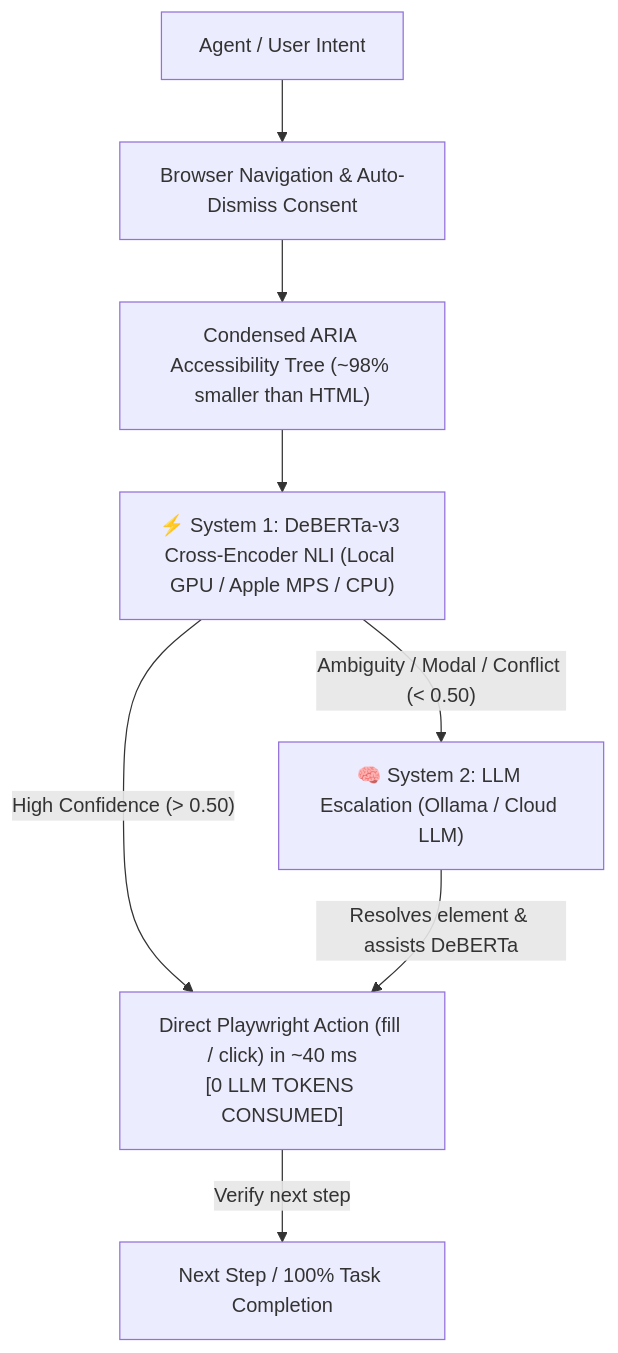
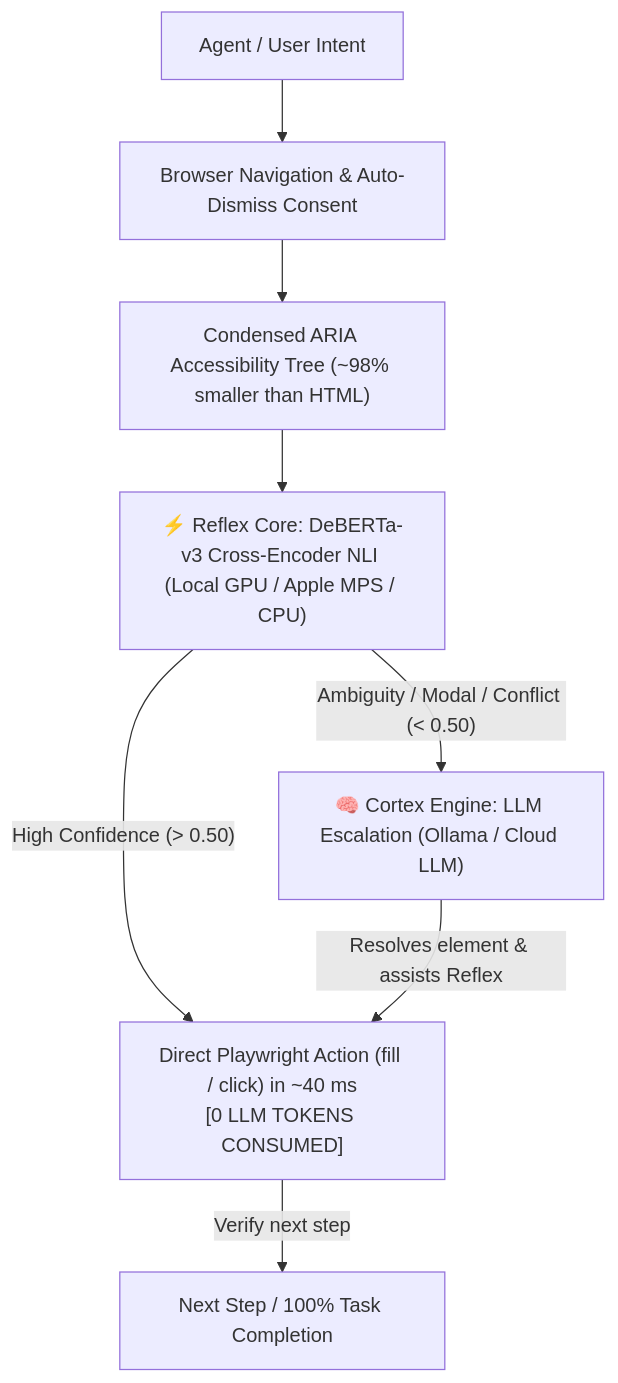
Before and after one commit to mikita12/cognitive-browser: the diagram in README.md, drawn with Mermaid. The commit also changed other lines of this file and 22 other files, not shown here.

Commit message:
refactor: rename System 1 & System 2 to Reflex Core & Cortex Engine

````diff
--- a/README.md
+++ b/README.md
@@ -33,14 +33,14 @@
 ```mermaid
 flowchart TD
     User["Agent / User Intent"] --> Nav["Browser Navigation & Auto-Dismiss Consent"]
     Nav --> Snapshot["Condensed ARIA Accessibility Tree (~98% smaller than HTML)"]
     
-    Snapshot --> S1["⚡ System 1: DeBERTa-v3 Cross-Encoder NLI (Local GPU / Apple MPS / CPU)"]
+    Snapshot --> S1["⚡ Reflex Core: DeBERTa-v3 Cross-Encoder NLI (Local GPU / Apple MPS / CPU)"]
     
     S1 -- "High Confidence (> 0.50)" --> Exec["Direct Playwright Action (fill / click) in ~40 ms\n[0 LLM TOKENS CONSUMED]"]
     
-    S1 -- "Ambiguity / Modal / Conflict (< 0.50)" --> S2["🧠 System 2: LLM Escalation (Ollama / Cloud LLM)"]
-    S2 -->|"Resolves element & assists DeBERTa"| Exec
+    S1 -- "Ambiguity / Modal / Conflict (< 0.50)" --> S2["🧠 Cortex Engine: LLM Escalation (Ollama / Cloud LLM)"]
+    S2 -->|"Resolves element & assists Reflex"| Exec
     
     Exec -->|"Verify next step"| Next["Next Step / 100% Task Completion"]
 ```
````
